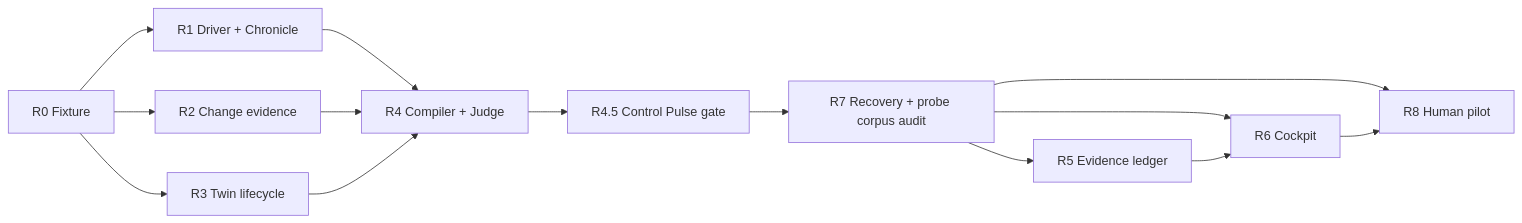
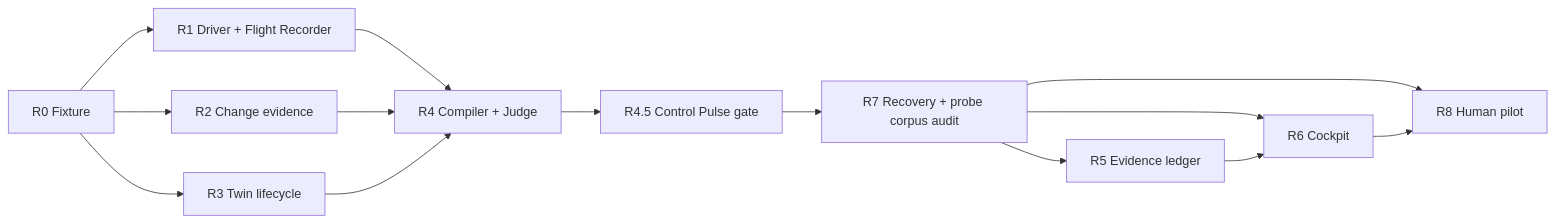
The diagram in docs/v0.3/AGENT_EXECUTION.md (yava-code/PureFlow), drawn with Mermaid before and after one commit. The commit also changed other lines of this file and 11 other files, not shown here.

Commit message:
docs: name flight recorder and select live adapter

````diff
--- a/docs/v0.3/AGENT_EXECUTION.md
+++ b/docs/v0.3/AGENT_EXECUTION.md
@@ -390,16 +390,16 @@
 ```mermaid
 flowchart LR
-    R0["R0 Fixture"] --> R1["R1 Driver + Chronicle"]
+    R0["R0 Fixture"] --> R1["R1 Driver + Flight Recorder"]
     R0 --> R2["R2 Change evidence"]
     R0 --> R3["R3 Twin lifecycle"]
     R1 --> R4["R4 Compiler + Judge"]
     R2 --> R4
     R3 --> R4
     R4 --> R45["R4.5 Control Pulse gate"]
     R45 --> R7["R7 Recovery + probe corpus audit"]
     R7 --> R5["R5 Evidence ledger"]
     R7 --> R6["R6 Cockpit"]
     R5 --> R6
     R7 --> R8["R8 Human pilot"]
     R6 --> R8
 ```
````
